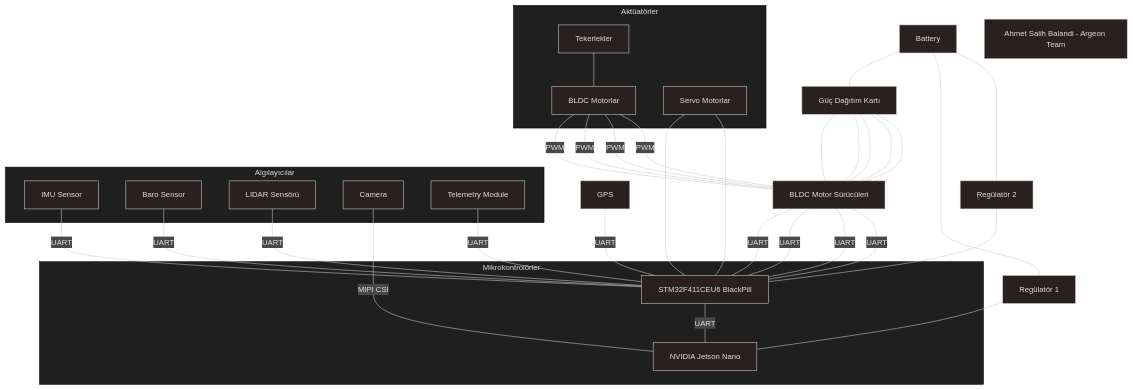
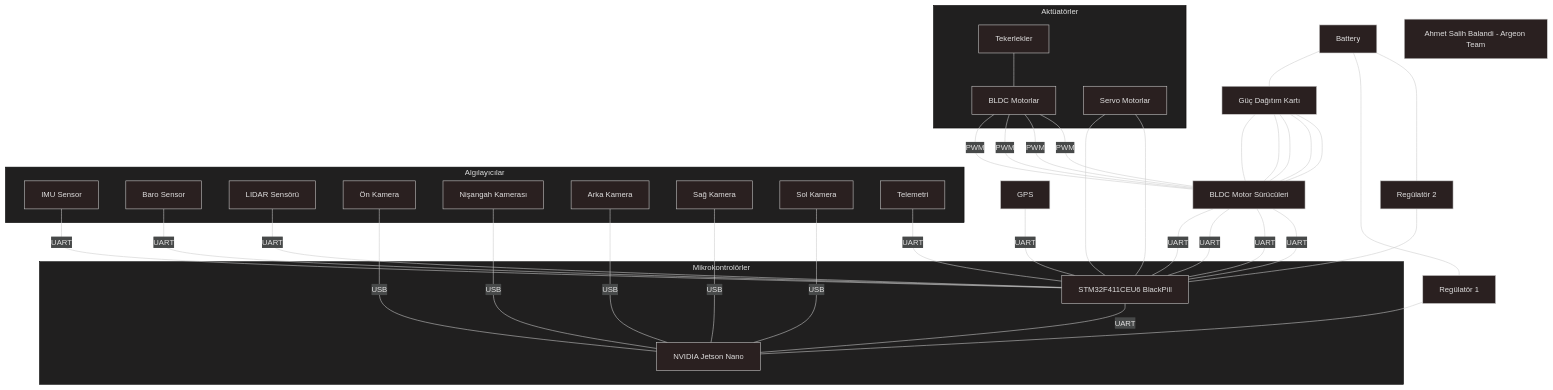
The diagram in autopilot_diagram.md (ahmetsalihbalandi/autopilot), drawn with Mermaid before and after one commit.

````diff
--- a/autopilot_diagram.md
+++ b/autopilot_diagram.md
@@ -1,40 +1,44 @@
 ```mermaid
 ---
 config:
   theme: neo-dark
 ---
 flowchart TD
  subgraph s1["Mikrokontrolörler"]
         Jetson_Nano["NVIDIA Jetson Nano"]
         STM["STM32F411CEU6 BlackPill"]
   end
  subgraph s2["Algılayıcılar"]
         IMU["IMU Sensor"]
         Baro["Baro Sensor"]
         LIDAR["LIDAR Sensörü"]
-        Camera["Camera"]
-        Telemetry["Telemetry Module"]
+        Camera1["Ön Kamera"]
+	Camera2["Nişangah Kamerası"]
+	Camera3["Arka Kamera"]
+	Camera4["Sağ Kamera"]
+        Camera5["Sol Kamera"]
+        Telemetry["Telemetri"]
   end
  subgraph s3["Aktüatörler"]
         Motors["BLDC Motorlar"]
         sMotors["Servo Motorlar"]
 	teker["Tekerlekler"]
   end
     teker --- Motors -- PWM --- Drivers["BLDC Motor Sürücüleri"] & Drivers & Drivers & Drivers
     Battery --- Distributor["Güç Dağıtım Kartı"]
     Distributor & Distributor & Distributor & Distributor & Distributor --- Drivers
     Drivers -- UART --- STM & STM & STM & STM
     LIDAR -- UART --- STM
     IMU -- UART --- STM
     Baro -- UART --- STM
     Telemetry -- UART --- STM
     GPS -- UART --- STM
-    Camera -- MIPI CSI --- Jetson_Nano
+    Camera1 & Camera2 & Camera3 & Camera4 & Camera5 -- USB --- Jetson_Nano
     STM -- UART --- Jetson_Nano
     Battery["Battery"] --- Regulator1["Regülatör 1"] & Regulator2["Regülatör 2"]
     Regulator1 --- Jetson_Nano
     Regulator2 --- STM
     sMotors --- STM & STM
 classDef footer fill:none,stroke:none,color:#000, font-style:italic;
 footer["Ahmet Salih Balandi - Argeon Team"]
 ```
````
